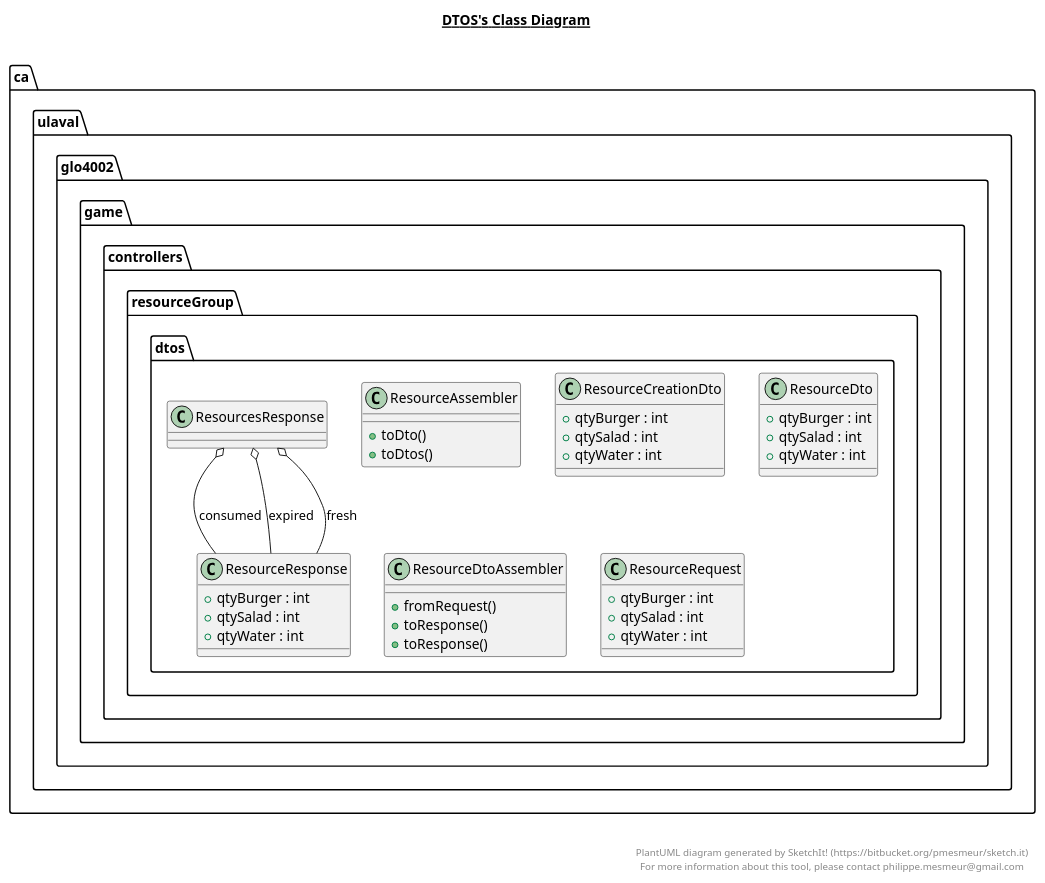
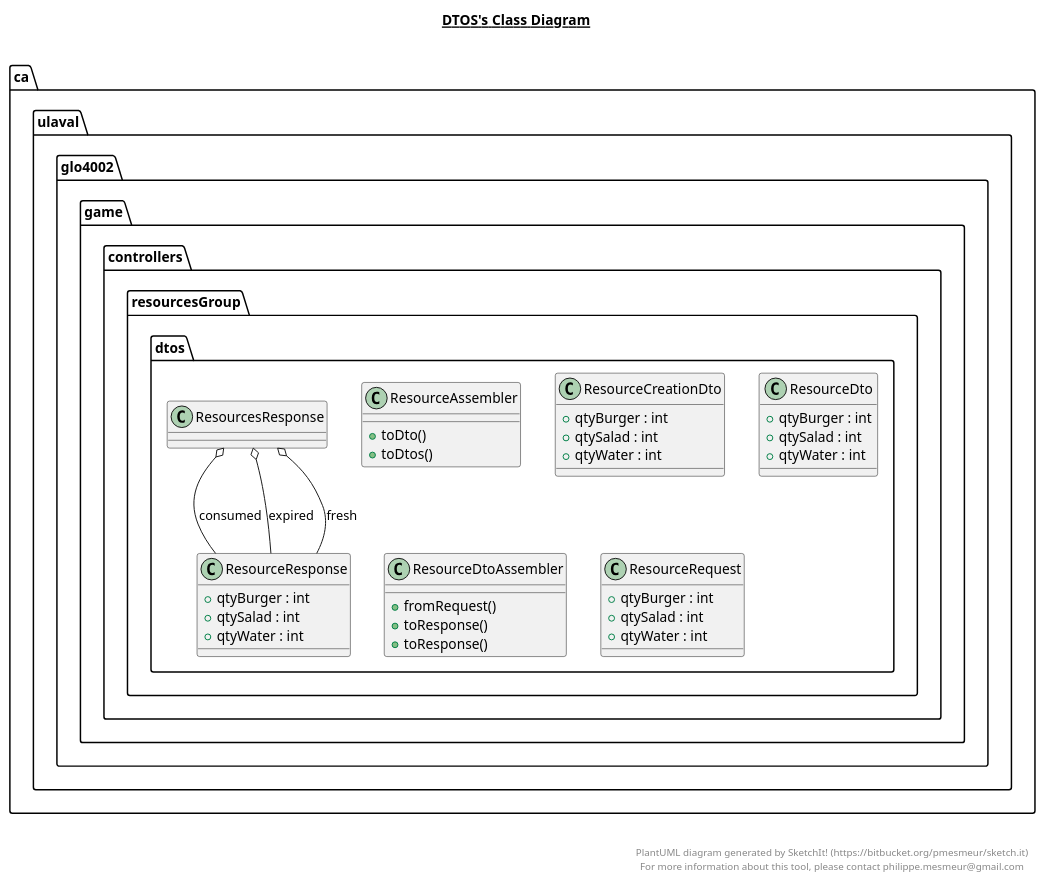
Before and after one commit to MALEC321/MEP7: the diagram in game-api/src/main/java/ca/ulaval/glo4002/game/controllers/resources/dtos/dtos.plantuml, drawn with PlantUML. The commit also changed 26 other files, not shown here.

```diff
--- a/game-api/src/main/java/ca/ulaval/glo4002/game/controllers/resources/dtos/dtos.plantuml
+++ b/game-api/src/main/java/ca/ulaval/glo4002/game/controllers/resources/dtos/dtos.plantuml
@@ -1,104 +1,104 @@
 @startuml
 
 title __DTOS's Class Diagram__\n
 
     namespace ca.ulaval.glo4002.game {
-      namespace controllers.resourceGroup {
+      namespace controllers.resourcesGroup {
         namespace dtos {
-          class ca.ulaval.glo4002.game.controllers.resourceGroup.dtos.ResourceAssembler {
+          class ca.ulaval.glo4002.game.controllers.resourcesGroup.dtos.ResourceAssembler {
               + toDto()
               + toDtos()
           }
         }
       }
     }
   
 
     namespace ca.ulaval.glo4002.game {
-      namespace controllers.resourceGroup {
+      namespace controllers.resourcesGroup {
         namespace dtos {
-          class ca.ulaval.glo4002.game.controllers.resourceGroup.dtos.ResourceCreationDto {
+          class ca.ulaval.glo4002.game.controllers.resourcesGroup.dtos.ResourceCreationDto {
               + qtyBurger : int
               + qtySalad : int
               + qtyWater : int
           }
         }
       }
     }
   
 
     namespace ca.ulaval.glo4002.game {
-      namespace controllers.resourceGroup {
+      namespace controllers.resourcesGroup {
         namespace dtos {
-          class ca.ulaval.glo4002.game.controllers.resourceGroup.dtos.ResourceDto {
+          class ca.ulaval.glo4002.game.controllers.resourcesGroup.dtos.ResourceDto {
               + qtyBurger : int
               + qtySalad : int
               + qtyWater : int
           }
         }
       }
     }
   
 
     namespace ca.ulaval.glo4002.game {
-      namespace controllers.resourceGroup {
+      namespace controllers.resourcesGroup {
         namespace dtos {
-          class ca.ulaval.glo4002.game.controllers.resourceGroup.dtos.ResourceDtoAssembler {
+          class ca.ulaval.glo4002.game.controllers.resourcesGroup.dtos.ResourceDtoAssembler {
               + fromRequest()
               + toResponse()
               + toResponse()
           }
         }
       }
     }
   
 
     namespace ca.ulaval.glo4002.game {
-      namespace controllers.resourceGroup {
+      namespace controllers.resourcesGroup {
         namespace dtos {
-          class ca.ulaval.glo4002.game.controllers.resourceGroup.dtos.ResourceRequest {
+          class ca.ulaval.glo4002.game.controllers.resourcesGroup.dtos.ResourceRequest {
               + qtyBurger : int
               + qtySalad : int
               + qtyWater : int
           }
         }
       }
     }
   
 
     namespace ca.ulaval.glo4002.game {
-      namespace controllers.resourceGroup {
+      namespace controllers.resourcesGroup {
         namespace dtos {
-          class ca.ulaval.glo4002.game.controllers.resourceGroup.dtos.ResourceResponse {
+          class ca.ulaval.glo4002.game.controllers.resourcesGroup.dtos.ResourceResponse {
               + qtyBurger : int
               + qtySalad : int
               + qtyWater : int
           }
         }
       }
     }
   
 
     namespace ca.ulaval.glo4002.game {
-      namespace controllers.resourceGroup {
+      namespace controllers.resourcesGroup {
         namespace dtos {
-          class ca.ulaval.glo4002.game.controllers.resourceGroup.dtos.ResourcesResponse {
+          class ca.ulaval.glo4002.game.controllers.resourcesGroup.dtos.ResourcesResponse {
           }
         }
       }
     }
   
 
-  ca.ulaval.glo4002.game.controllers.resourceGroup.dtos.ResourcesResponse o-- ca.ulaval.glo4002.game.controllers.resourceGroup.dtos.ResourceResponse : consumed
-  ca.ulaval.glo4002.game.controllers.resourceGroup.dtos.ResourcesResponse o-- ca.ulaval.glo4002.game.controllers.resourceGroup.dtos.ResourceResponse : expired
-  ca.ulaval.glo4002.game.controllers.resourceGroup.dtos.ResourcesResponse o-- ca.ulaval.glo4002.game.controllers.resourceGroup.dtos.ResourceResponse : fresh
+  ca.ulaval.glo4002.game.controllers.resourcesGroup.dtos.ResourcesResponse o-- ca.ulaval.glo4002.game.controllers.resourcesGroup.dtos.ResourceResponse : consumed
+  ca.ulaval.glo4002.game.controllers.resourcesGroup.dtos.ResourcesResponse o-- ca.ulaval.glo4002.game.controllers.resourcesGroup.dtos.ResourceResponse : expired
+  ca.ulaval.glo4002.game.controllers.resourcesGroup.dtos.ResourcesResponse o-- ca.ulaval.glo4002.game.controllers.resourcesGroup.dtos.ResourceResponse : fresh
 
 
 right footer
 
 
 PlantUML diagram generated by SketchIt! (https://bitbucket.org/pmesmeur/sketch.it)
 For more information about this tool, please contact philippe.mesmeur@gmail.com
 endfooter
 
 @enduml
```
